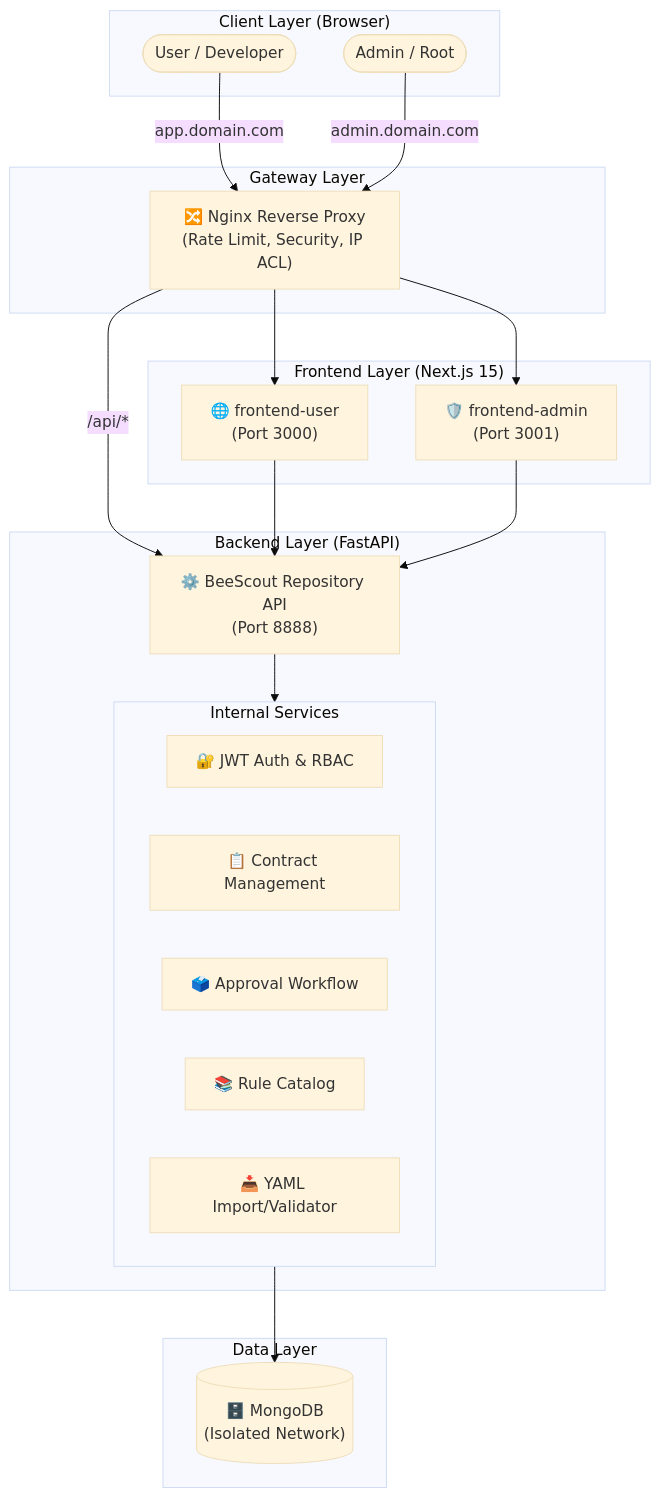
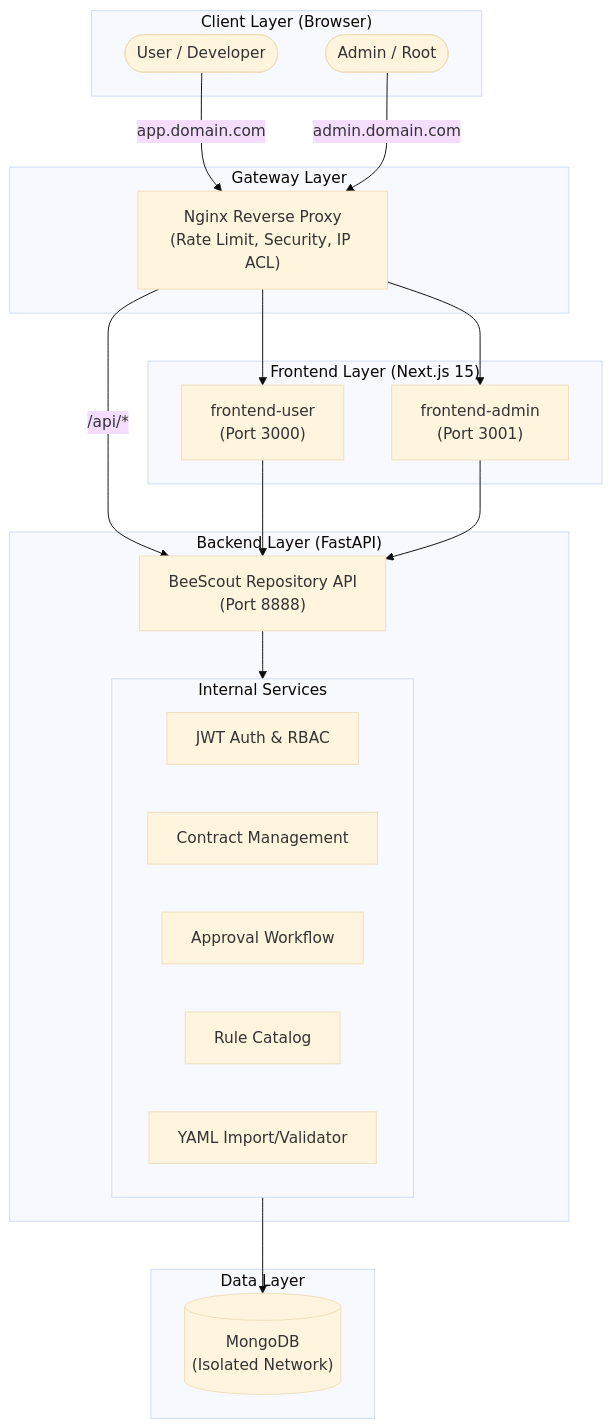
The first of 6 diagrams in README.md (alamanda-projects/beescout), drawn with Mermaid (base theme) before and after one commit. The commit also changed other lines of this file and 1 other file, not shown here.

````diff
--- a/README.md
+++ b/README.md
@@ -26,45 +63,45 @@
 ```mermaid
 graph TD
     subgraph Client ["Client Layer (Browser)"]
         User(["User / Developer"])
         Admin(["Admin / Root"])
     end
 
     subgraph Gateway ["Gateway Layer"]
-        Nginx["🔀 Nginx Reverse Proxy<br/>(Rate Limit, Security, IP ACL)"]
+        Nginx["Nginx Reverse Proxy<br/>(Rate Limit, Security, IP ACL)"]
     end
 
     subgraph Frontend ["Frontend Layer (Next.js 15)"]
-        FEUser["🌐 frontend-user<br/>(Port 3000)"]
-        FEAdmin["🛡️ frontend-admin<br/>(Port 3001)"]
+        FEUser["frontend-user<br/>(Port 3000)"]
+        FEAdmin["frontend-admin<br/>(Port 3001)"]
     end
 
     subgraph Backend ["Backend Layer (FastAPI)"]
-        API["⚙️ BeeScout Repository API<br/>(Port 8888)"]
+        API["BeeScout Repository API<br/>(Port 8888)"]
         
         subgraph Logic ["Internal Services"]
-            Auth["🔐 JWT Auth & RBAC"]
-            ContractSvc["📋 Contract Management"]
-            ApprovalSvc["🗳️ Approval Workflow"]
-            CatalogSvc["📚 Rule Catalog"]
-            ImportSvc["📥 YAML Import/Validator"]
+            Auth["JWT Auth & RBAC"]
+            ContractSvc["Contract Management"]
+            ApprovalSvc["Approval Workflow"]
+            CatalogSvc["Rule Catalog"]
+            ImportSvc["YAML Import/Validator"]
         end
     end
 
     subgraph Data ["Data Layer"]
-        DB[("🗄️ MongoDB<br/>(Isolated Network)")]
+        DB[("MongoDB<br/>(Isolated Network)")]
     end
 
     User -->|"app.domain.com"| Nginx
     Admin -->|"admin.domain.com"| Nginx
     
     Nginx --> FEUser
     Nginx --> FEAdmin
     Nginx -->|"/api/*"| API
 
     FEUser --> API
     FEAdmin --> API
     
     API --> Logic
     Logic --> DB
 ```
````
